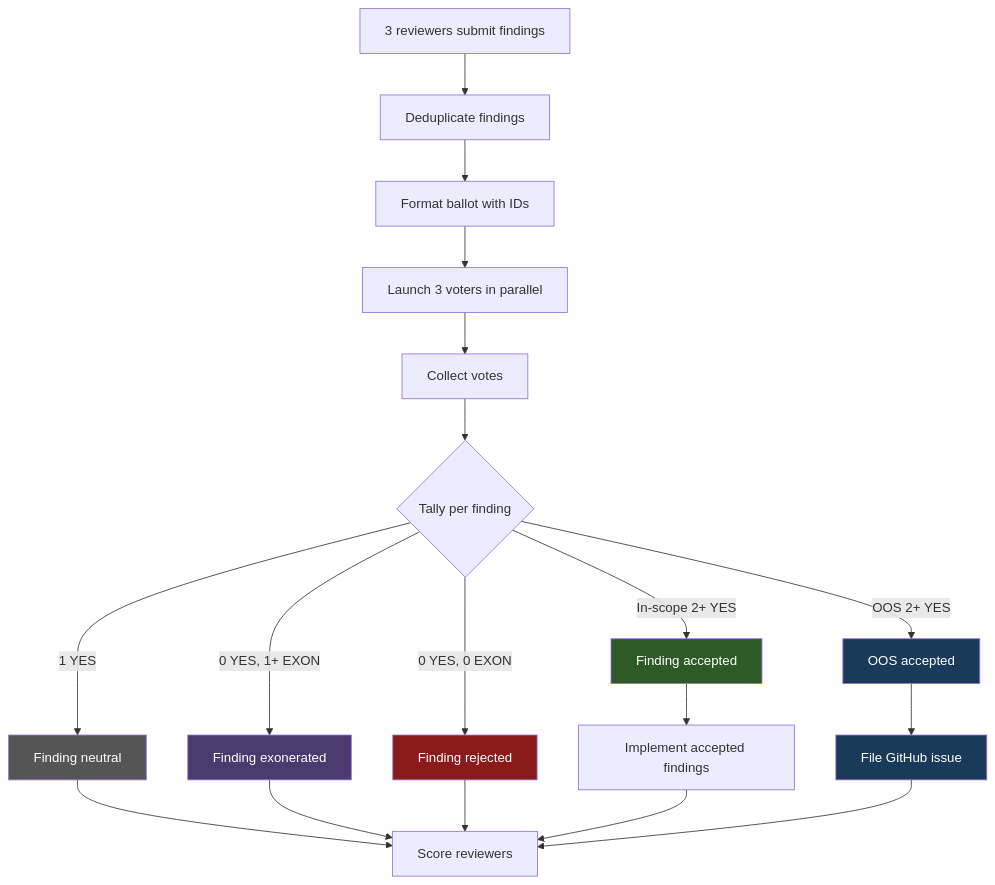
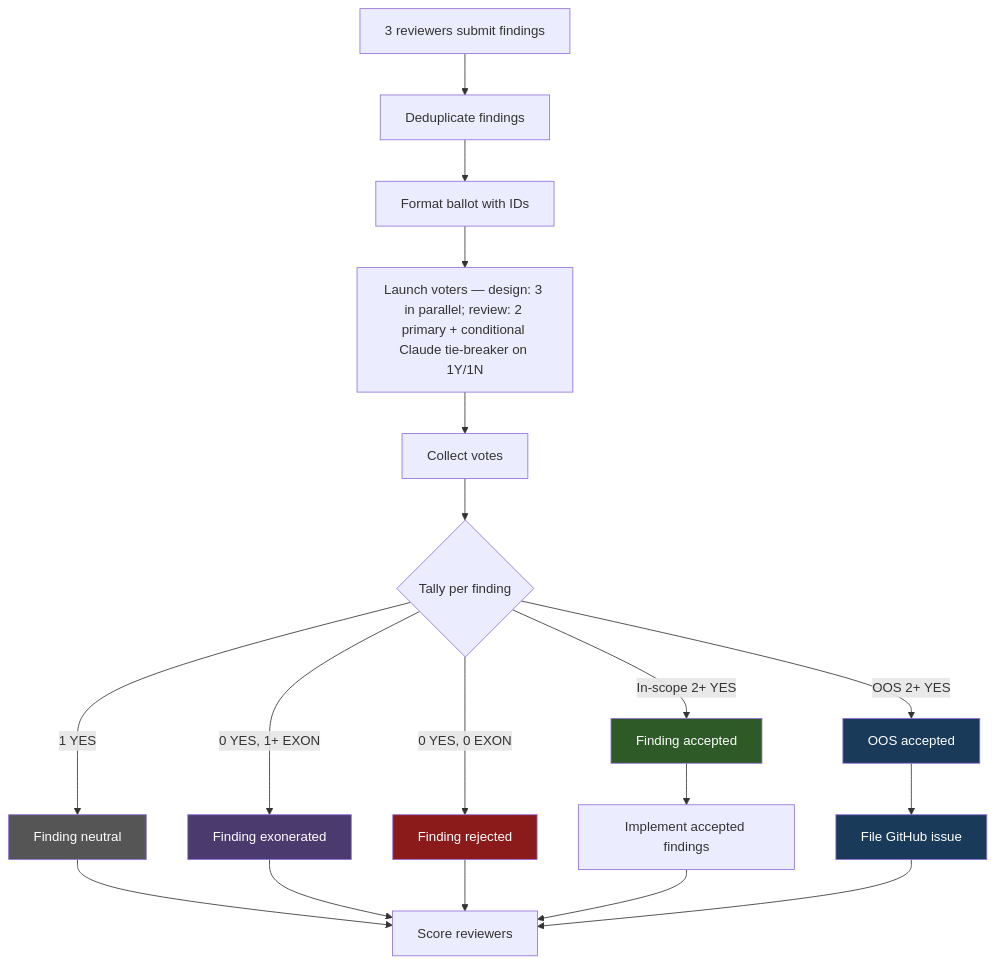
Before and after one commit to character-ai/larch: the diagram in docs/voting-process.md, drawn with Mermaid. The commit also changed other lines of this file and 4 other files, not shown here.

Commit message:
Reduce /review voting panel to 2 voters; Claude as conditional tie-breaker on 1Y/1N

````diff
--- a/docs/voting-process.md
+++ b/docs/voting-process.md
@@ -68,29 +68,29 @@
 ```mermaid
 flowchart TD
     REVIEW[3 reviewers submit findings] --> DEDUP[Deduplicate findings]
     DEDUP --> BALLOT[Format ballot with IDs]
-    BALLOT --> LAUNCH[Launch 3 voters in parallel]
+    BALLOT --> LAUNCH[Launch voters — design: 3 in parallel; review: 2 primary + conditional Claude tie-breaker on 1Y/1N]
     LAUNCH --> COLLECT[Collect votes]
     COLLECT --> TALLY{Tally per finding}
 
     TALLY -->|In-scope 2+ YES| ACCEPT[Finding accepted]
     TALLY -->|1 YES| NEUTRAL[Finding neutral]
     TALLY -->|0 YES, 1+ EXON| EXON[Finding exonerated]
     TALLY -->|0 YES, 0 EXON| REJECT[Finding rejected]
     TALLY -->|OOS 2+ YES| OOS_ACCEPT[OOS accepted]
 
     ACCEPT --> IMPLEMENT[Implement accepted findings]
     OOS_ACCEPT --> ISSUE[File GitHub issue]
     NEUTRAL --> SCORE[Score reviewers]
     EXON --> SCORE
     REJECT --> SCORE
     IMPLEMENT --> SCORE
     ISSUE --> SCORE
 
     style ACCEPT fill:#2d5a27,color:#fff
     style REJECT fill:#8b1a1a,color:#fff
     style EXON fill:#4a3a6e,color:#fff
     style NEUTRAL fill:#555,color:#fff
     style OOS_ACCEPT fill:#1a3a5a,color:#fff
     style ISSUE fill:#1a3a5a,color:#fff
 ```
````
